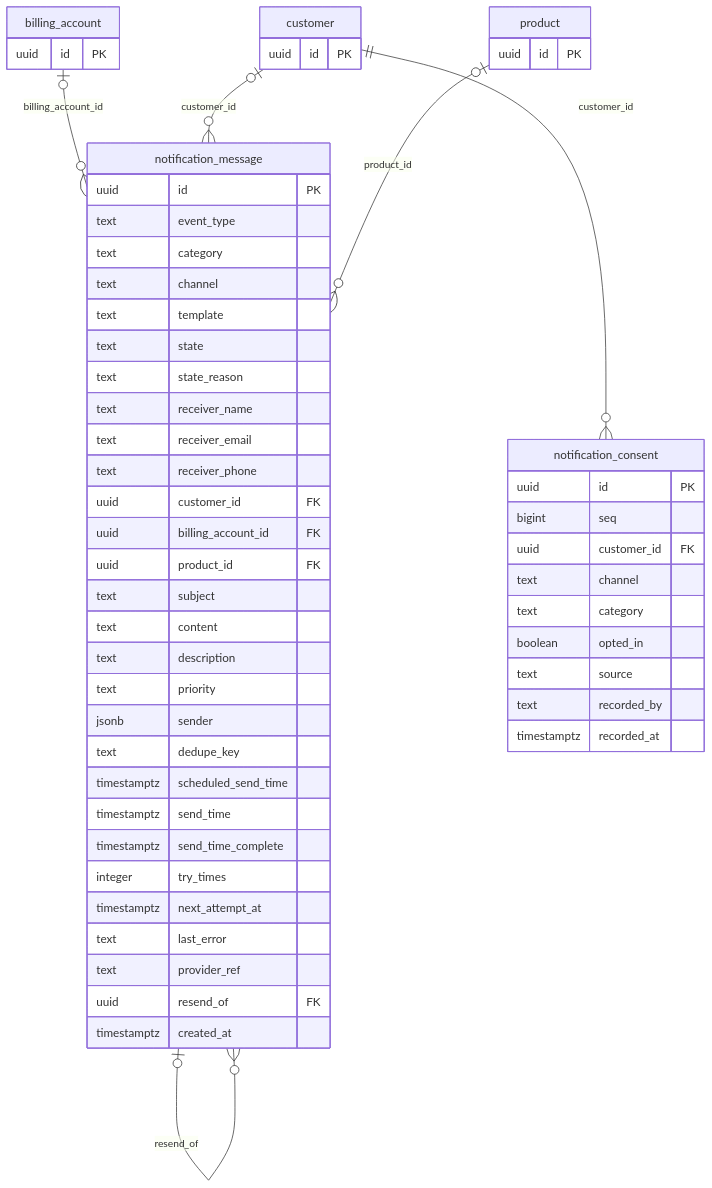
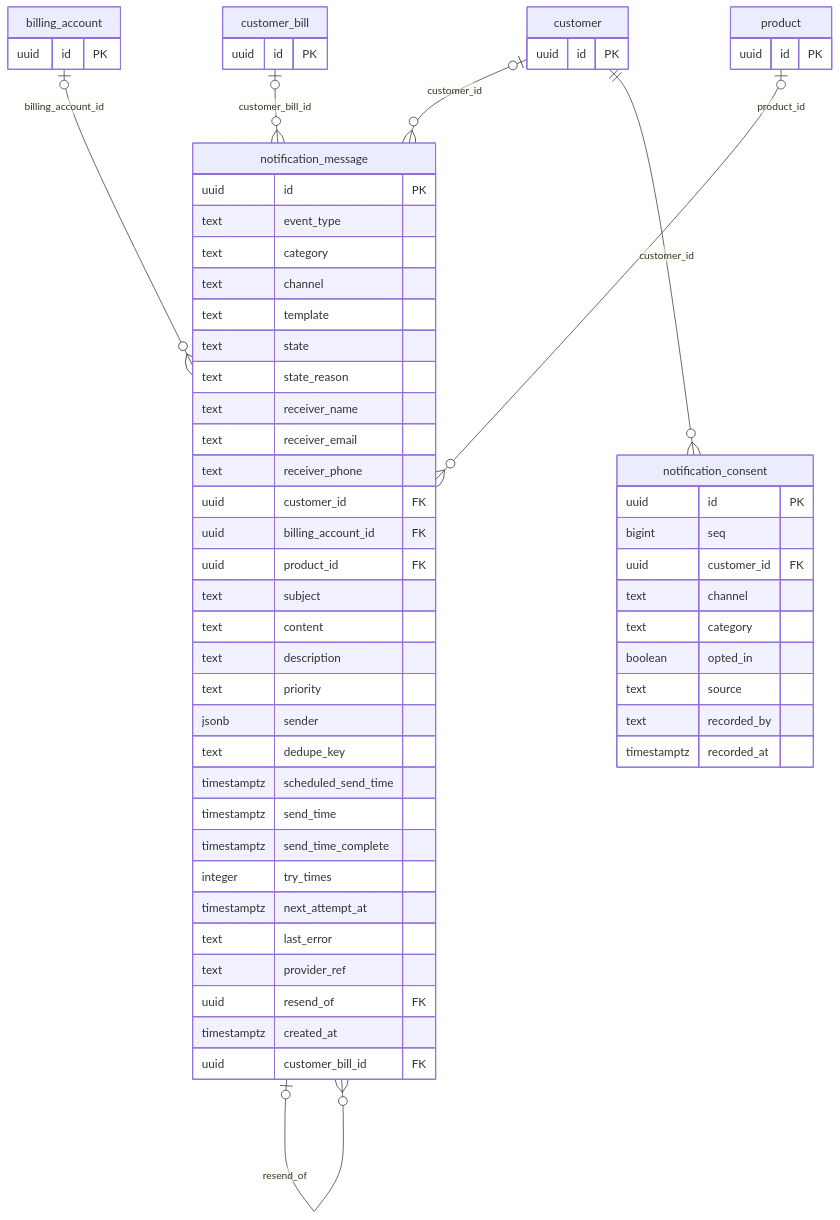
The ninth of 14 diagrams in docs/db/README.md (altharmz/bss), drawn with Mermaid before and after one commit. The commit also changed other lines of this file and 44 other files, not shown here.

````diff
--- a/docs/db/README.md
+++ b/docs/db/README.md
@@ -1588,58 +1599,63 @@
 ```mermaid
 erDiagram
   notification_message {
     uuid id PK
     text event_type
     text category
     text channel
     text template
     text state
     text state_reason
     text receiver_name
     text receiver_email
     text receiver_phone
     uuid customer_id FK
     uuid billing_account_id FK
     uuid product_id FK
     text subject
     text content
     text description
     text priority
     jsonb sender
     text dedupe_key
     timestamptz scheduled_send_time
     timestamptz send_time
     timestamptz send_time_complete
     integer try_times
     timestamptz next_attempt_at
     text last_error
     text provider_ref
     uuid resend_of FK
     timestamptz created_at
+    uuid customer_bill_id FK
   }
   notification_consent {
     uuid id PK
     bigint seq
     uuid customer_id FK
     text channel
     text category
     boolean opted_in
     text source
     text recorded_by
     timestamptz recorded_at
   }
   billing_account {
     uuid id PK
   }
+  customer_bill {
+    uuid id PK
+  }
   customer {
     uuid id PK
   }
   product {
     uuid id PK
   }
   billing_account |o--o{ notification_message : "billing_account_id"
   customer |o--o{ notification_message : "customer_id"
   customer ||--o{ notification_consent : "customer_id"
+  customer_bill |o--o{ notification_message : "customer_bill_id"
   notification_message |o--o{ notification_message : "resend_of"
   product |o--o{ notification_message : "product_id"
 ```
````
